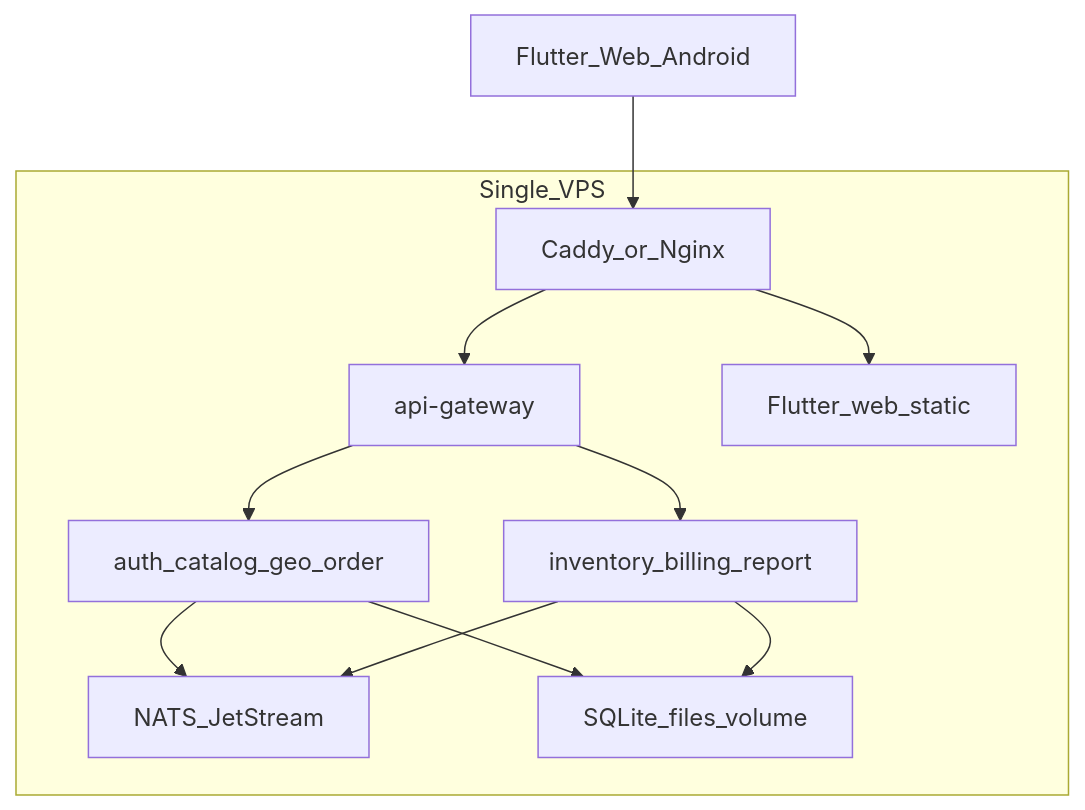
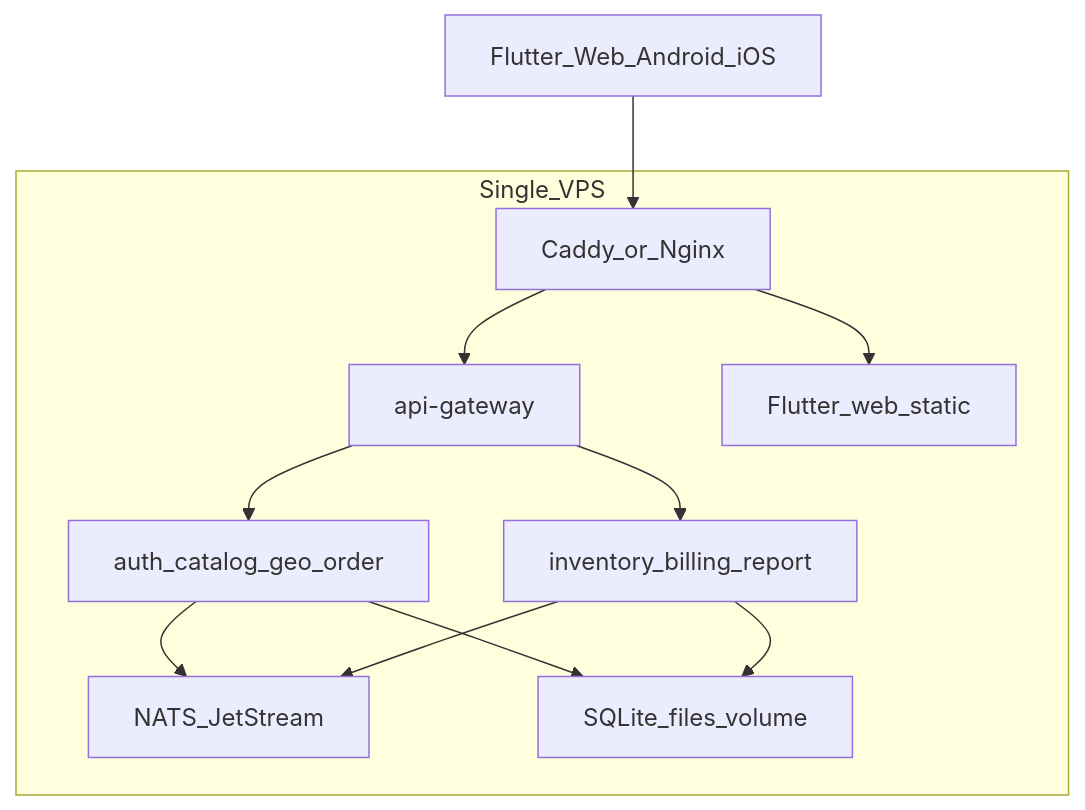
The fourth of 4 diagrams in docs/architecture.md (haoma24/gas-tam-de), drawn with Mermaid before and after one commit. The commit also changed other lines of this file and 295 other files, not shown here.

````diff
--- a/docs/architecture.md
+++ b/docs/architecture.md
@@ -640,21 +695,21 @@
 ```mermaid
 flowchart TB
   subgraph vps [Single_VPS]
     Proxy[Caddy_or_Nginx]
     GW[api-gateway]
     NATS[NATS_JetStream]
     S1[auth_catalog_geo_order]
     S2[inventory_billing_report]
     Data[SQLite_files_volume]
     Web[Flutter_web_static]
   end
-  Clients[Flutter_Web_Android] --> Proxy
+  Clients[Flutter_Web_Android_iOS] --> Proxy
   Proxy --> GW
   Proxy --> Web
   GW --> S1
   GW --> S2
   S1 --> NATS
   S2 --> NATS
   S1 --> Data
   S2 --> Data
 ```
````
